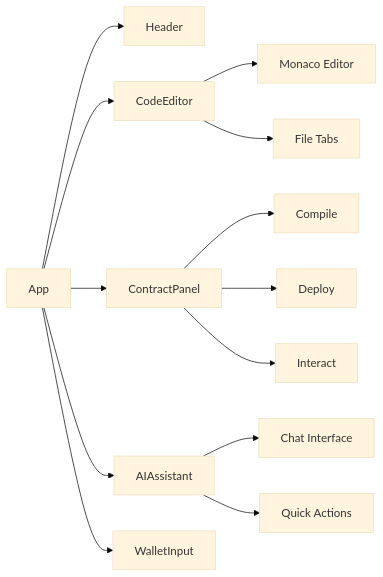
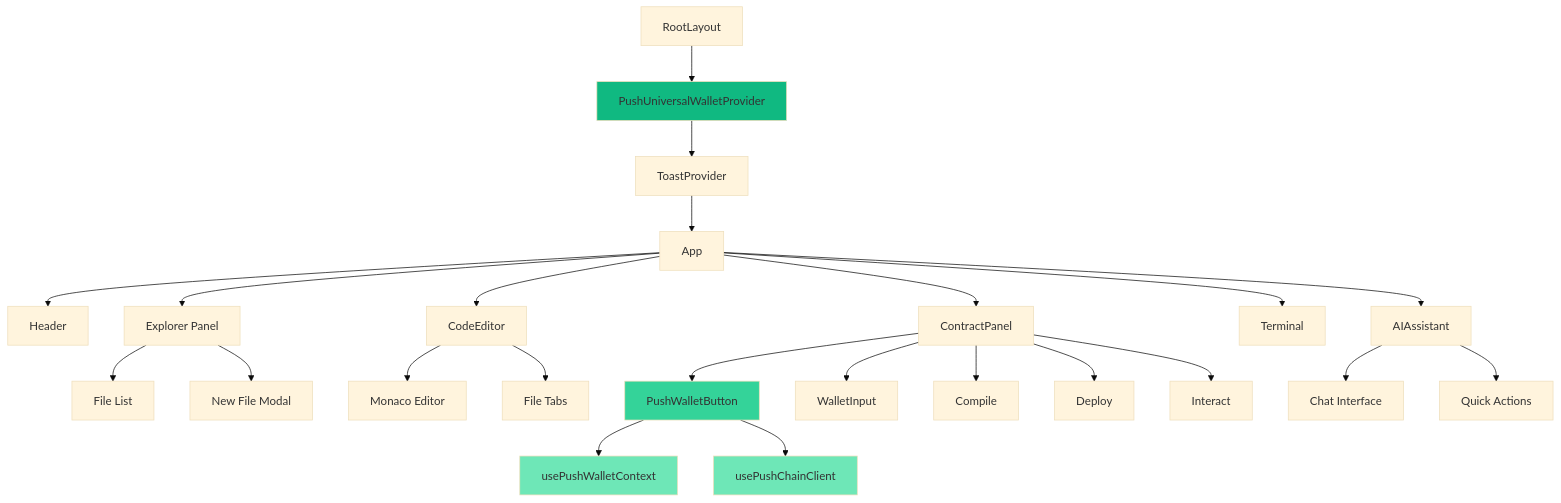
Before and after one commit to enliven17/push-playground: the second of 5 diagrams in docs/architecture.md, drawn with Mermaid (base theme). The commit also changed other lines of this file and 6 other files, not shown here.

````diff
--- a/docs/architecture.md
+++ b/docs/architecture.md
@@ -35,18 +47,36 @@
 ```mermaid
-graph LR
-    A[App] --> B[Header]
-    A --> C[CodeEditor]
-    A --> D[ContractPanel]
-    A --> E[AIAssistant]
-    A --> F[WalletInput]
+graph TB
+    A[RootLayout] --> B[PushUniversalWalletProvider]
+    B --> C[ToastProvider]
+    C --> D[App]
     
-    C --> G[Monaco Editor]
-    C --> H[File Tabs]
+    D --> E[Header]
+    D --> F[Explorer Panel]
+    D --> G[CodeEditor]
+    D --> H[ContractPanel]
+    D --> I[Terminal]
+    D --> J[AIAssistant]
     
-    D --> I[Compile]
-    D --> J[Deploy]
-    D --> K[Interact]
+    F --> K[File List]
+    F --> L[New File Modal]
     
-    E --> L[Chat Interface]
-    E --> M[Quick Actions]
+    G --> M[Monaco Editor]
+    G --> N[File Tabs]
+    
+    H --> O[PushWalletButton]
+    H --> P[WalletInput]
+    H --> Q[Compile]
+    H --> R[Deploy]
+    H --> S[Interact]
+    
+    O --> T[usePushWalletContext]
+    O --> U[usePushChainClient]
+    
+    J --> V[Chat Interface]
+    J --> W[Quick Actions]
+    
+    style B fill:#10b981
+    style O fill:#34d399
+    style T fill:#6ee7b7
+    style U fill:#6ee7b7
 ```
````
